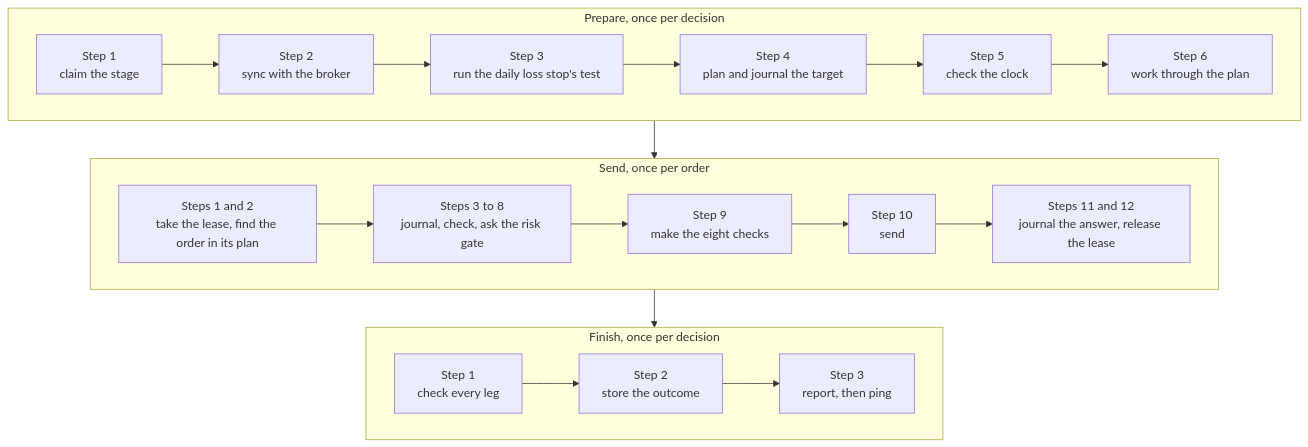
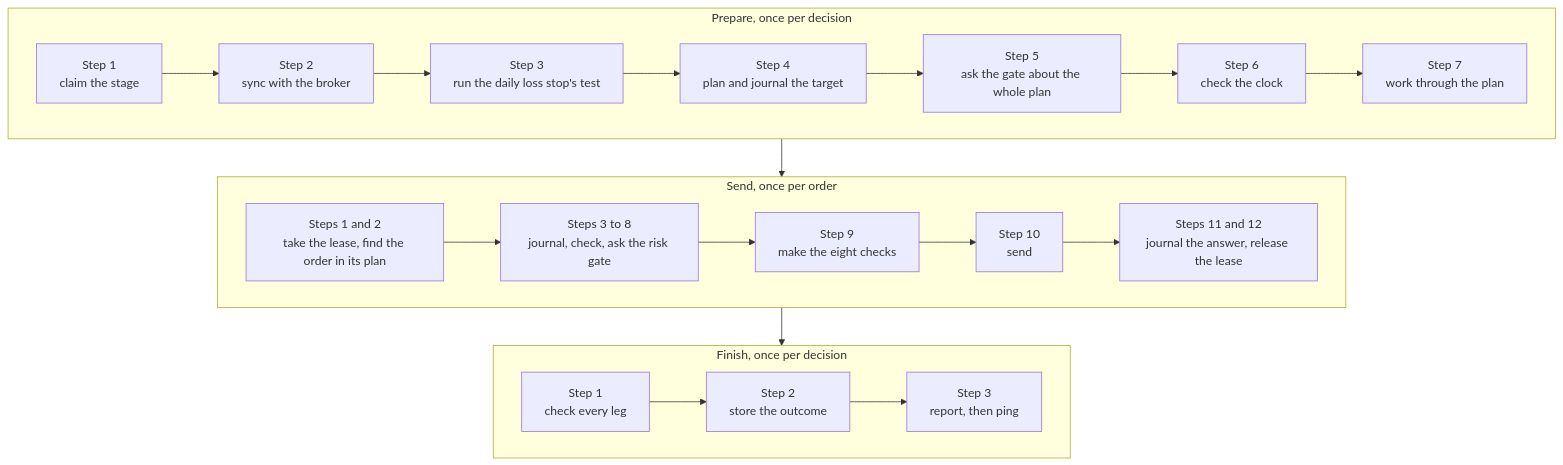
The ninth of 18 diagrams in docs/architecture/06-runtime.md (l3a0/ithildin-runtime), drawn with Mermaid before and after one commit. The commit also changed other lines of this file and 32 other files, not shown here.

First line of the commit message:
feat(execution): the order manager, the send stage and test 1

````diff
--- a/docs/architecture/06-runtime.md
+++ b/docs/architecture/06-runtime.md
@@ -603,17 +603,17 @@
 ```mermaid
 flowchart TB
     subgraph prepare["Prepare, once per decision"]
         direction LR
-        a1["Step 1<br/>claim the stage"] --> a2["Step 2<br/>sync with the broker"] --> a3["Step 3<br/>run the daily loss stop's test"] --> a4["Step 4<br/>plan and journal the target"] --> a5["Step 5<br/>check the clock"] --> a6["Step 6<br/>work through the plan"]
+        a1["Step 1<br/>claim the stage"] --> a2["Step 2<br/>sync with the broker"] --> a3["Step 3<br/>run the daily loss stop's test"] --> a4["Step 4<br/>plan and journal the target"] --> a5["Step 5<br/>ask the gate about the whole plan"] --> a6["Step 6<br/>check the clock"] --> a7["Step 7<br/>work through the plan"]
     end
     subgraph each["Send, once per order"]
         direction LR
         b1["Steps 1 and 2<br/>take the lease, find the order in its plan"] --> b2["Steps 3 to 8<br/>journal, check, ask the risk gate"] --> b3["Step 9<br/>make the eight checks"] --> b4["Step 10<br/>send"] --> b5["Steps 11 and 12<br/>journal the answer, release the lease"]
     end
     subgraph finish["Finish, once per decision"]
         direction LR
         c1["Step 1<br/>check every leg"] --> c2["Step 2<br/>store the outcome"] --> c3["Step 3<br/>report, then ping"]
     end
     prepare --> each
     each --> finish
 ```
````
